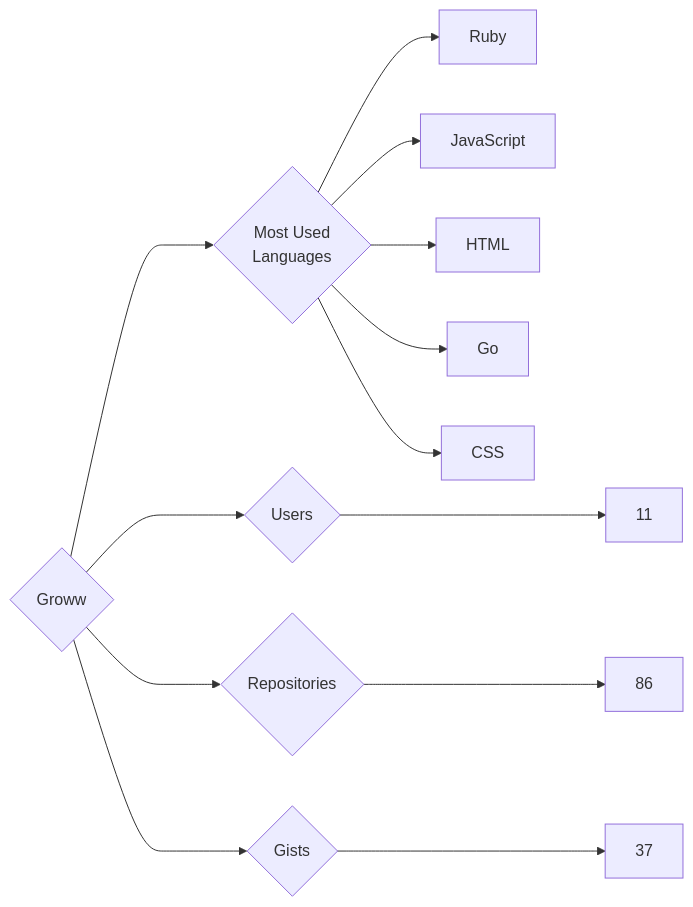
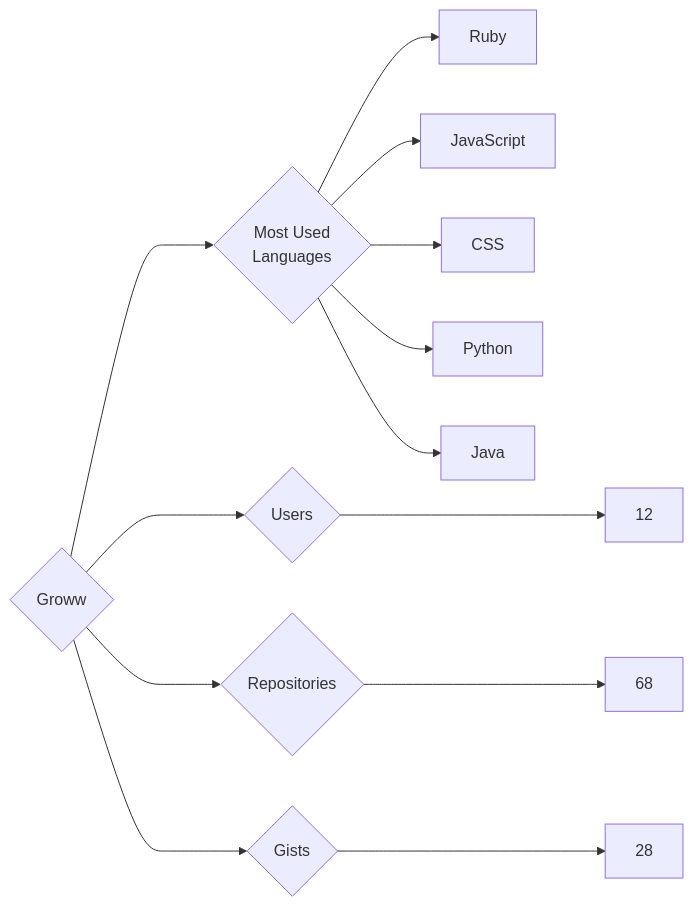
One commit to trickest/insiders changed the diagram in targets/Groww/README.md. Above: the diagram before and after it, drawn with Mermaid. The commit also changed 1007 other files, not shown here.

````diff
--- a/targets/Groww/README.md
+++ b/targets/Groww/README.md
@@ -3,13 +3,13 @@
 ```mermaid
 graph LR
 COMPANY_NAME{Groww}
-COMPANY_NAME ---> U{Users} ---> UN[11]
-COMPANY_NAME ---> R{Repositories} ---> RN[86]
-COMPANY_NAME ---> G{Gists} ---> GN[37]
+COMPANY_NAME ---> U{Users} ---> UN[12]
+COMPANY_NAME ---> R{Repositories} ---> RN[68]
+COMPANY_NAME ---> G{Gists} ---> GN[28]
 COMPANY_NAME ---> ML{Most Used<br>Languages}
 ML --> Ruby[Ruby]
 ML --> JavaScript[JavaScript]
-ML --> HTML[HTML]
-ML --> Go[Go]
 ML --> CSS[CSS]
+ML --> Python[Python]
+ML --> Java[Java]
 ```
````
